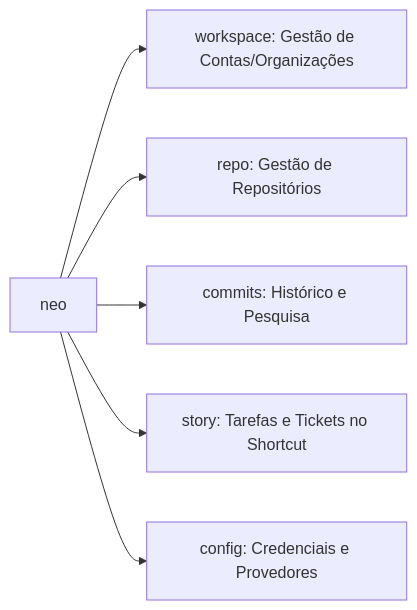
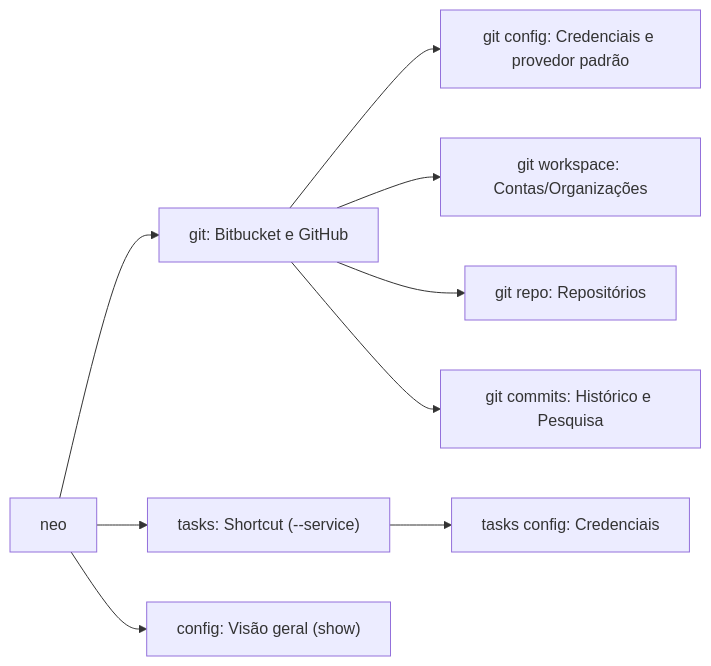
The diagram in docs/cli/index.md (thalisonwilker/neo), drawn with Mermaid before and after one commit. The commit also changed other lines of this file and 10 other files, not shown here.

Commit message:
docs: tema verde escuro e manual atualizado para neo git/neo tasks

````diff
--- a/docs/cli/index.md
+++ b/docs/cli/index.md
@@ -35,8 +37,11 @@
 ```mermaid
 graph LR
-    Neo["neo"] --> Workspace["workspace: Gestão de Contas/Organizações"]
-    Neo --> Repo["repo: Gestão de Repositórios"]
-    Neo --> Commits["commits: Histórico e Pesquisa"]
-    Neo --> Story["story: Tarefas e Tickets no Shortcut"]
-    Neo --> Config["config: Credenciais e Provedores"]
+    Neo["neo"] --> Git["git: Bitbucket e GitHub"]
+    Neo --> Tasks["tasks: Shortcut (--service)"]
+    Neo --> Config["config: Visão geral (show)"]
+    Git --> GConfig["git config: Credenciais e provedor padrão"]
+    Git --> Workspace["git workspace: Contas/Organizações"]
+    Git --> Repo["git repo: Repositórios"]
+    Git --> Commits["git commits: Histórico e Pesquisa"]
+    Tasks --> TConfig["tasks config: Credenciais"]
 ```
````
